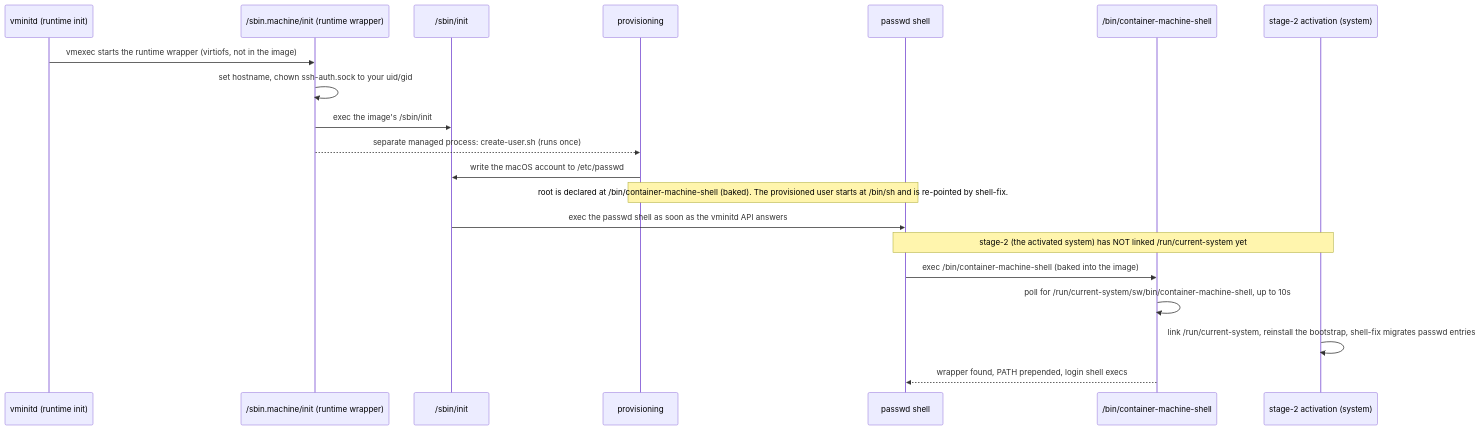
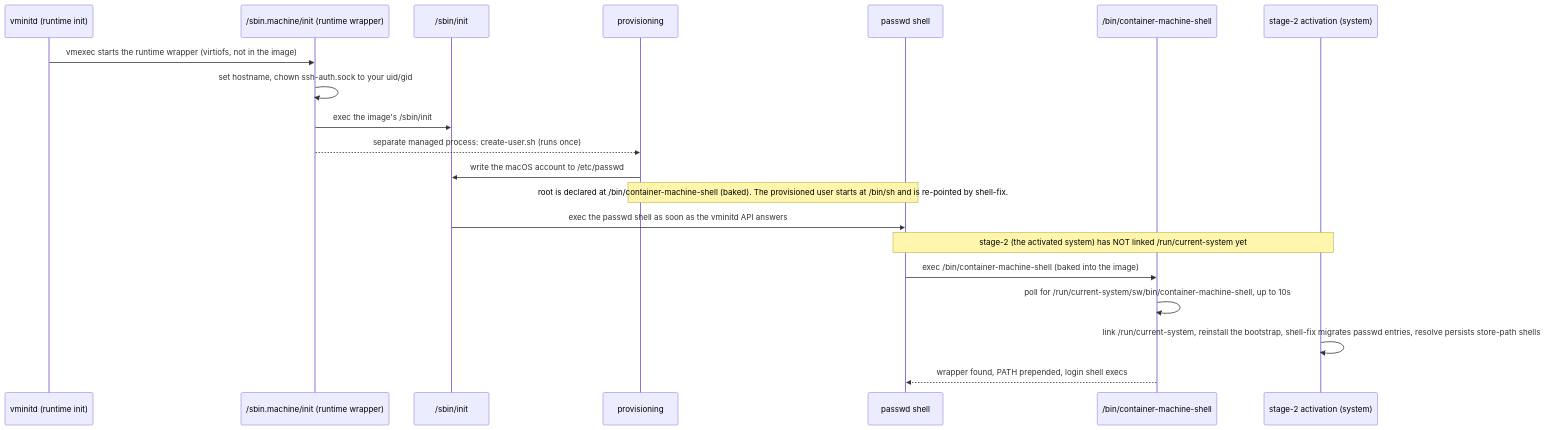
The diagram in apple/container-machine/nixos/README.md (ryuheechul/provision), drawn with Mermaid before and after one commit. The commit also changed other lines of this file and 1 other file, not shown here.

First line of the commit message:
apple/container-machine/nixos: fix first-shell boot race via passwd

````diff
--- a/apple/container-machine/nixos/README.md
+++ b/apple/container-machine/nixos/README.md
@@ -341,23 +341,23 @@
 ```mermaid
 sequenceDiagram
     participant rt as vminitd (runtime init)
     participant wrap as /sbin.machine/init (runtime wrapper)
     participant init as /sbin/init
     participant prov as provisioning
     participant shell as passwd shell
     participant boot as /bin/container-machine-shell
     participant act as stage-2 activation (system)
 
     rt->>wrap: vmexec starts the runtime wrapper (virtiofs, not in the image)
     wrap->>wrap: set hostname, chown ssh-auth.sock to your uid/gid
     wrap->>init: exec the image's /sbin/init
     wrap-->>prov: separate managed process: create-user.sh (runs once)
     prov->>init: write the macOS account to /etc/passwd
     Note over prov,shell: root is declared at /bin/container-machine-shell (baked). The provisioned user starts at /bin/sh and is re-pointed by shell-fix.
     init->>shell: exec the passwd shell as soon as the vminitd API answers
     Note over shell,act: stage-2 (the activated system) has NOT linked /run/current-system yet
     shell->>boot: exec /bin/container-machine-shell (baked into the image)
     boot->>boot: poll for /run/current-system/sw/bin/container-machine-shell, up to 10s
-    act->>act: link /run/current-system, reinstall the bootstrap, shell-fix migrates passwd entries
+    act->>act: link /run/current-system, reinstall the bootstrap, shell-fix migrates passwd entries, resolve persists store-path shells
     boot-->>shell: wrapper found, PATH prepended, login shell execs
 ```
````
